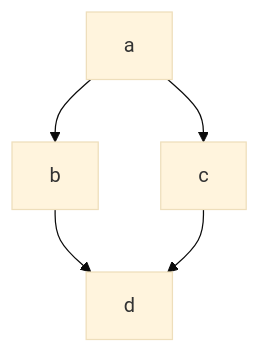
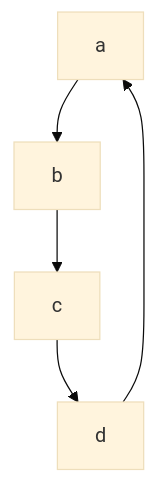
One commit to buckeye43210/sandbox changed the diagram in README.md. Above: the diagram before and after it, drawn with Mermaid (base theme).

Commit message:
Update README.md
Changing diagram.

````diff
--- a/README.md
+++ b/README.md
@@ -5,4 +5,4 @@
  ```mermaid
  graph TD
-   a --> b & c --> d
+   a --> b --> c --> d --> a
 ```
````
